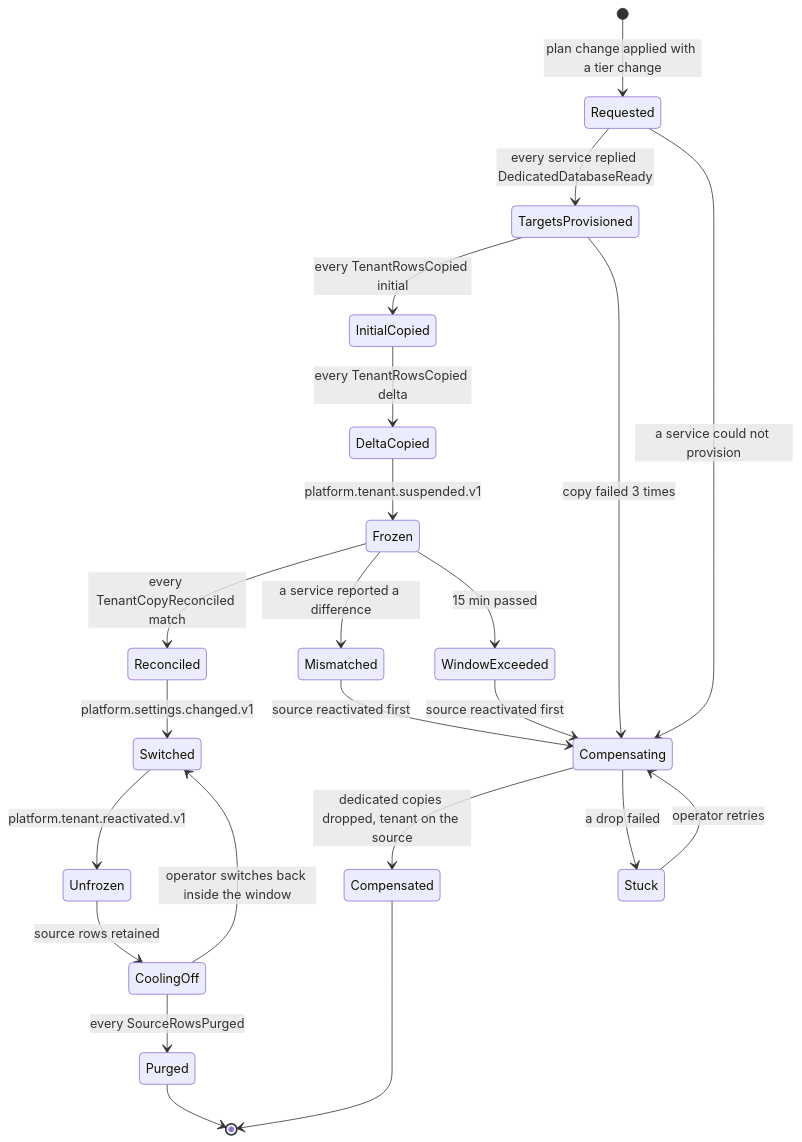
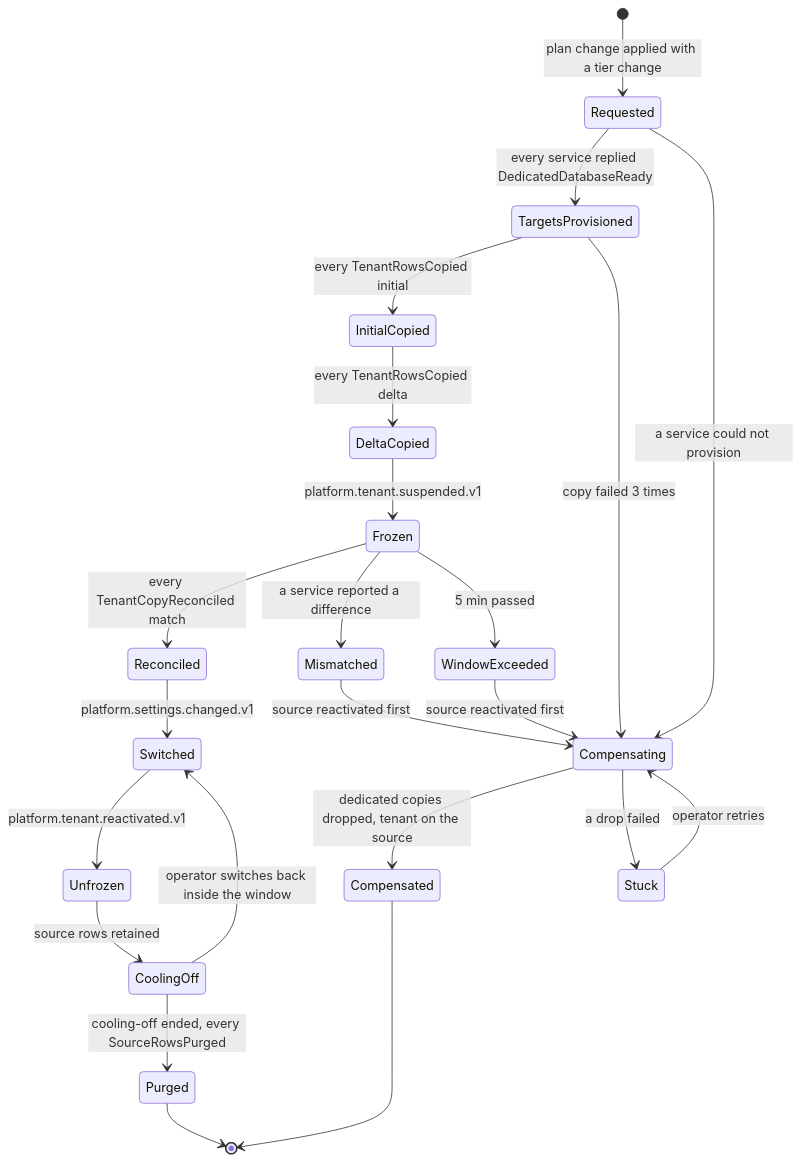
The tenth of 10 diagrams in docs/plan/13-workflows-and-sagas.md (mahmodnasser/nibras), drawn with Mermaid before and after one commit. The commit also changed other lines of this file and 98 other files, not shown here.

````diff
--- a/docs/plan/13-workflows-and-sagas.md
+++ b/docs/plan/13-workflows-and-sagas.md
@@ -689,25 +692,25 @@
 ```mermaid
 stateDiagram-v2
     [*] --> Requested: plan change applied with a tier change
     Requested --> TargetsProvisioned: every service replied DedicatedDatabaseReady
     Requested --> Compensating: a service could not provision
     TargetsProvisioned --> InitialCopied: every TenantRowsCopied initial
     TargetsProvisioned --> Compensating: copy failed 3 times
     InitialCopied --> DeltaCopied: every TenantRowsCopied delta
     DeltaCopied --> Frozen: platform.tenant.suspended.v1
     Frozen --> Reconciled: every TenantCopyReconciled match
     Frozen --> Mismatched: a service reported a difference
-    Frozen --> WindowExceeded: 15 min passed
+    Frozen --> WindowExceeded: 5 min passed
     Mismatched --> Compensating: source reactivated first
     WindowExceeded --> Compensating: source reactivated first
     Reconciled --> Switched: platform.settings.changed.v1
     Switched --> Unfrozen: platform.tenant.reactivated.v1
     Unfrozen --> CoolingOff: source rows retained
     CoolingOff --> Switched: operator switches back inside the window
-    CoolingOff --> Purged: every SourceRowsPurged
+    CoolingOff --> Purged: cooling-off ended, every SourceRowsPurged
     Compensating --> Compensated: dedicated copies dropped, tenant on the source
     Compensating --> Stuck: a drop failed
     Stuck --> Compensating: operator retries
     Purged --> [*]
     Compensated --> [*]
 ```
````
